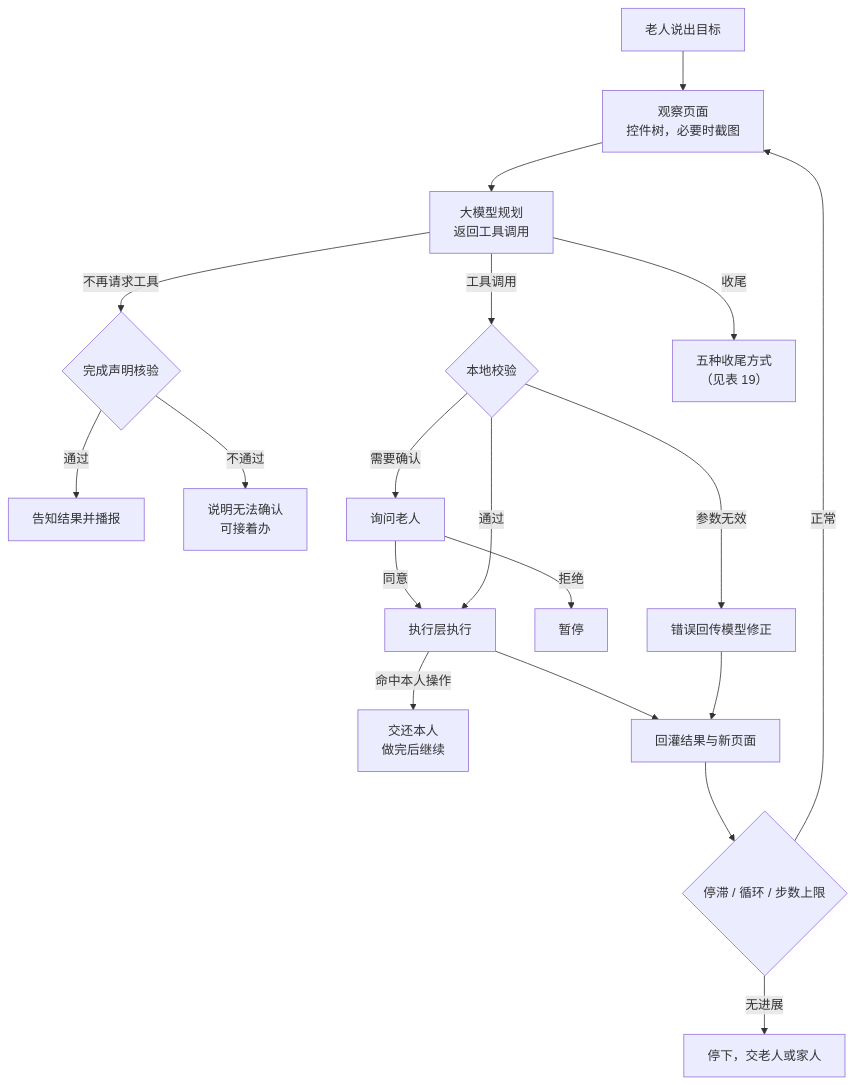
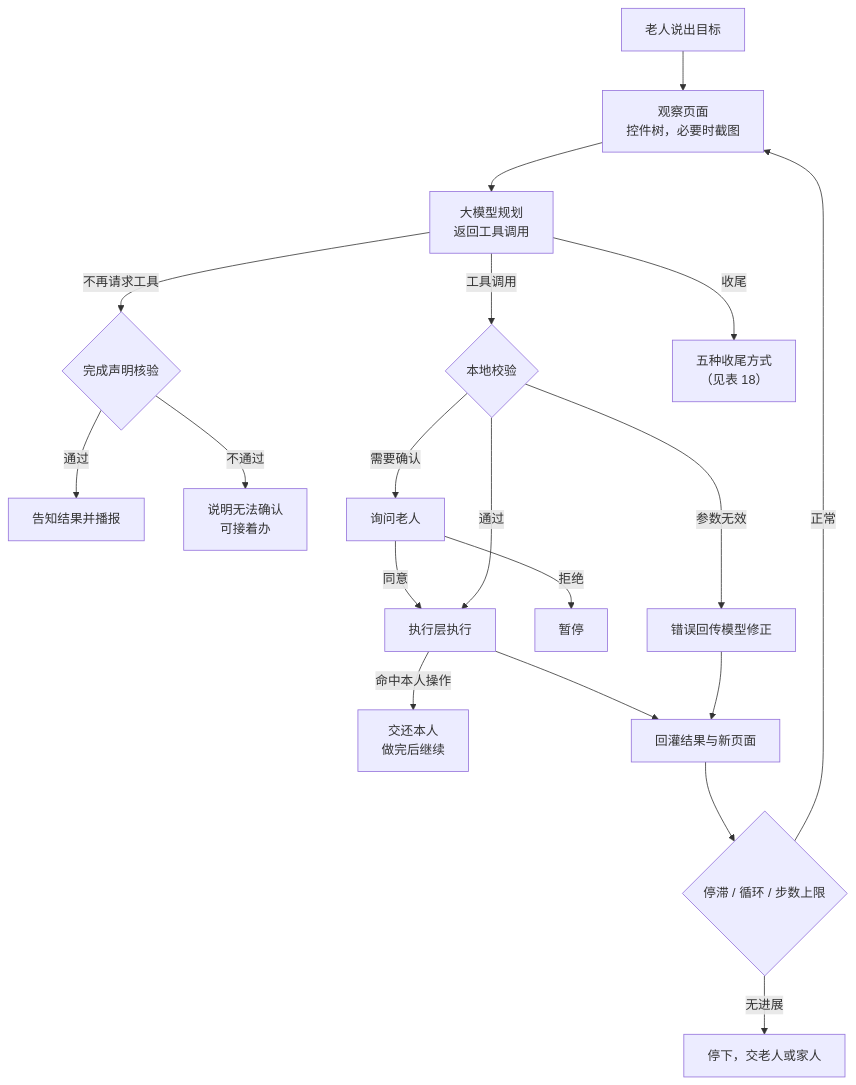
Before and after one commit to lhxll07/elder-harness: the tenth of 13 diagrams in docs/aic-2026/作品方案-定稿.md, drawn with Mermaid. The commit also changed other lines of this file and 11 other files, not shown here.

````diff
--- a/docs/aic-2026/作品方案-定稿.md
+++ b/docs/aic-2026/作品方案-定稿.md
@@ -684,21 +684,21 @@
 ```mermaid
 flowchart TD
   A[老人说出目标] --> B[观察页面<br/>控件树，必要时截图]
   B --> C[大模型规划<br/>返回工具调用]
   C -->|不再请求工具| D{完成声明核验}
   D -->|通过| E[告知结果并播报]
   D -->|不通过| F[说明无法确认<br/>可接着办]
   C -->|工具调用| G{本地校验}
   G -->|参数无效| H[错误回传模型修正]
   G -->|需要确认| I[询问老人]
   I -->|拒绝| J[暂停]
   I -->|同意| K[执行层执行]
   G -->|通过| K
   K -->|命中本人操作| L[交还本人<br/>做完后继续]
   K --> M[回灌结果与新页面]
   H --> M
   M --> N{停滞 / 循环 / 步数上限}
   N -->|正常| B
   N -->|无进展| O[停下，交老人或家人]
-  C -->|"收尾"| Z["五种收尾方式<br/>（见表 19）"]
+  C -->|"收尾"| Z["五种收尾方式<br/>（见表 18）"]
 ```
````
